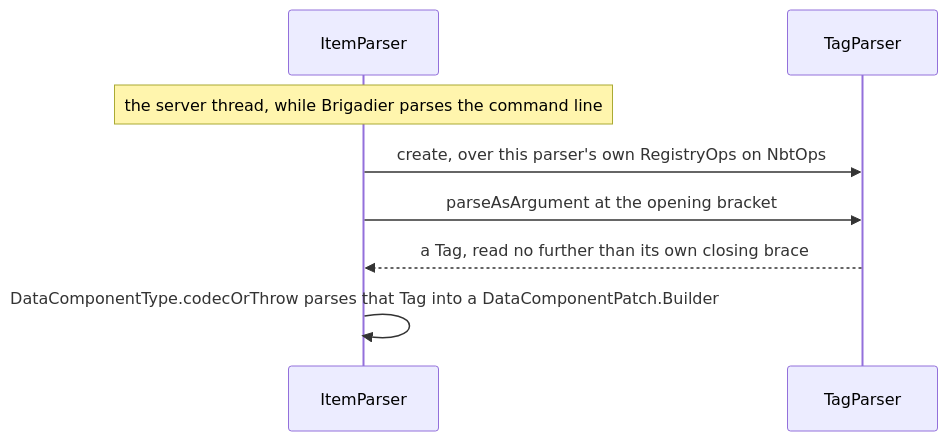
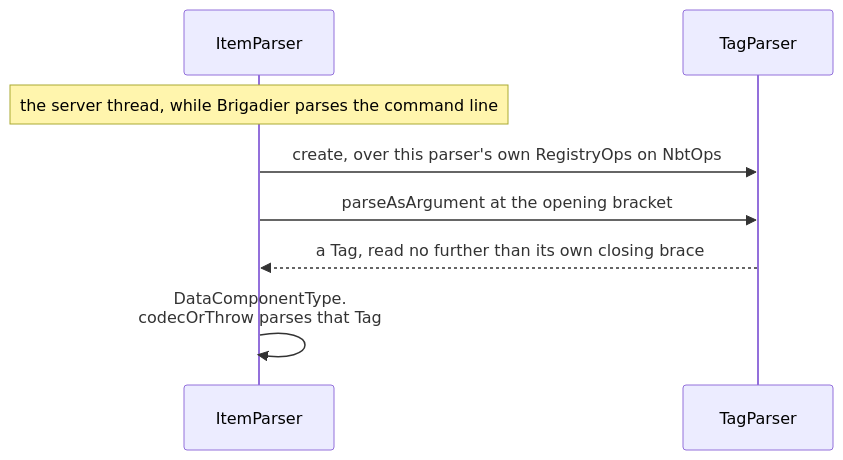
The fourth of 4 diagrams in src/systems/foundations/codecs-nbt-json.md (AlexanderjFraser/MinecraftDocs), drawn with Mermaid before and after one commit. The commit also changed other lines of this file and 14 other files, not shown here.

````diff
--- a/src/systems/foundations/codecs-nbt-json.md
+++ b/src/systems/foundations/codecs-nbt-json.md
@@ -149,11 +179,11 @@
 ```mermaid
 sequenceDiagram
     participant IP as ItemParser
     participant TagP as TagParser
 
     Note over IP: the server thread, while Brigadier parses the command line
     IP->>TagP: create, over this parser's own RegistryOps on NbtOps
     IP->>TagP: parseAsArgument at the opening bracket
     TagP-->>IP: a Tag, read no further than its own closing brace
-    IP->>IP: DataComponentType.codecOrThrow parses that Tag into a DataComponentPatch.Builder
+    IP->>IP: DataComponentType.<br/>codecOrThrow parses that Tag
 ```
````
